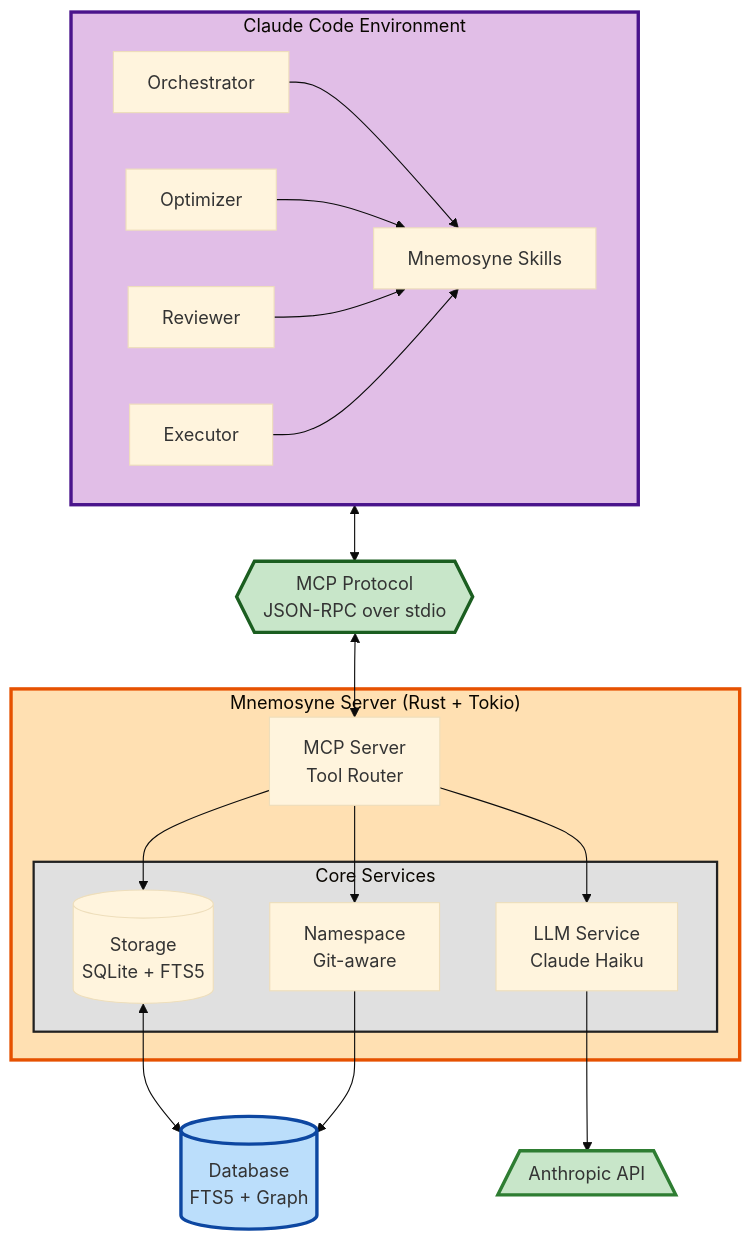
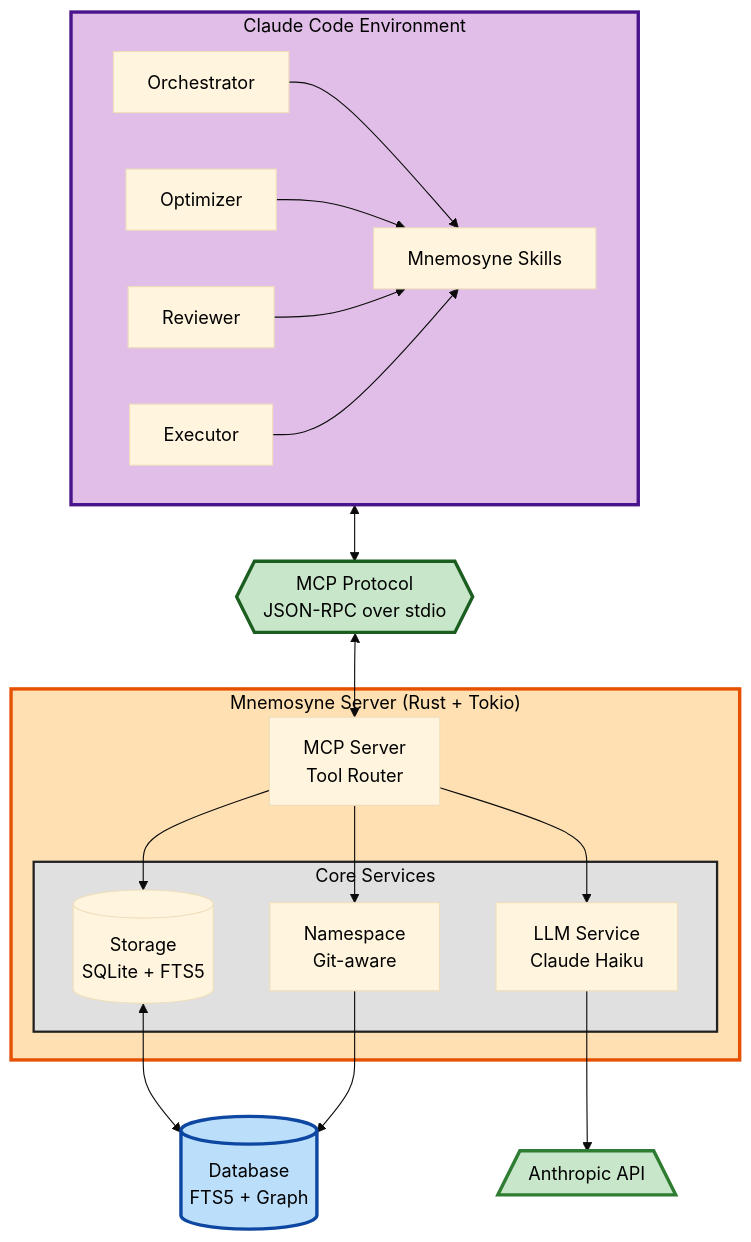
The first of 4 diagrams in ARCHITECTURE.md (rand/mnemosyne), drawn with Mermaid (base theme) before and after one commit. The commit also changed 7 other files, not shown here.

Commit message:
Fix Rust test imports: rename mnemosyne to mnemosyne_core

````diff
--- a/ARCHITECTURE.md
+++ b/ARCHITECTURE.md
@@ -35,45 +35,55 @@
 ```mermaid
 flowchart TD
     subgraph Claude["Claude Code Environment"]
         direction LR
         Orch[Orchestrator]
         Opt[Optimizer]
         Rev[Reviewer]
         Exec[Executor]
         Skills[Mnemosyne Skills]
     end
 
     Protocol{{MCP Protocol<br/>JSON-RPC over stdio}}
 
     subgraph Mnemosyne["Mnemosyne Server (Rust + Tokio)"]
         MCP[MCP Server<br/>Tool Router]
 
         subgraph Core["Core Services"]
             Storage[(Storage<br/>SQLite + FTS5)]
             LLM[LLM Service<br/>Claude Haiku]
             NS[Namespace<br/>Git-aware]
         end
     end
 
     API[/Anthropic API\]
     DB[(Database<br/>FTS5 + Graph)]
 
     Orch & Opt & Rev & Exec --> Skills
     Skills <--> Protocol
     Protocol <--> MCP
 
     MCP --> Storage
     MCP --> LLM
     MCP --> NS
 
     Storage <--> DB
     LLM --> API
     NS --> DB
 
-    style Claude fill:#e1bee7,stroke:#4a148c,stroke-width:3px
-    style Mnemosyne fill:#ffe0b2,stroke:#e65100,stroke-width:3px
-    style Core fill:#e0e0e0,stroke:#212121,stroke-width:2px
-    style Protocol fill:#c8e6c9,stroke:#1b5e20,stroke-width:3px
-    style API fill:#c8e6c9,stroke:#2e7d32,stroke-width:3px
-    style DB fill:#bbdefb,stroke:#0d47a1,stroke-width:3px
+    style Claude fill:#e1bee7,stroke:#4a148c,stroke-width:3px,color:#000
+    style Mnemosyne fill:#ffe0b2,stroke:#e65100,stroke-width:3px,color:#000
+    style Core fill:#e0e0e0,stroke:#212121,stroke-width:2px,color:#000
+    style Protocol fill:#c8e6c9,stroke:#1b5e20,stroke-width:3px,color:#000
+    style API fill:#c8e6c9,stroke:#2e7d32,stroke-width:3px,color:#000
+    style DB fill:#bbdefb,stroke:#0d47a1,stroke-width:3px,color:#000
+
+    style Orch color:#000
+    style Opt color:#000
+    style Rev color:#000
+    style Exec color:#000
+    style Skills color:#000
+    style MCP color:#000
+    style Storage color:#000
+    style LLM color:#000
+    style NS color:#000
 ```
````
